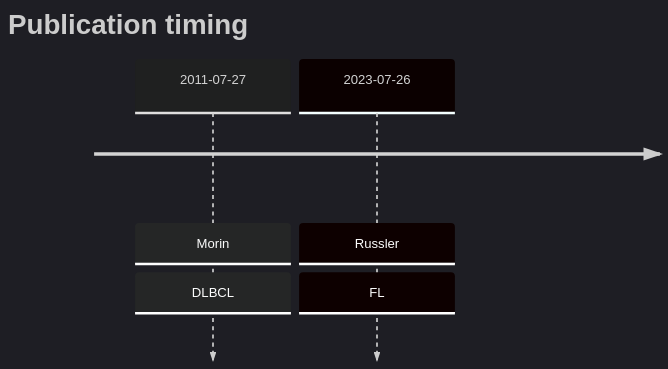
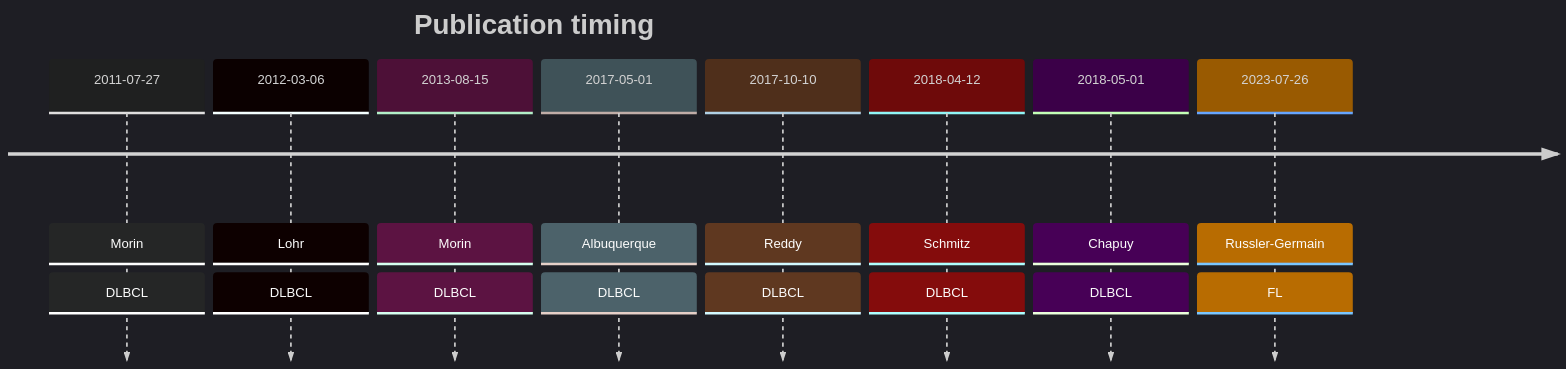
Before and after one commit to morinlab/lymphopedia: the diagram in CD70.md, drawn with Mermaid.

````diff
--- a/CD70.md
+++ b/CD70.md
@@ -17,7 +17,13 @@
 ```mermaid
 %%{init: { 'logLevel': 'debug', 'theme': 'dark' } }%%
 timeline
     title Publication timing
-      2011-07-27 : Morin : DLBCL
-      2023-07-26 : Russler : FL
+2011-07-27 : Morin : DLBCL
+2012-03-06 : Lohr : DLBCL
+2013-08-15 : Morin : DLBCL
+2017-05-01 : Albuquerque : DLBCL
+2017-10-10 : Reddy : DLBCL
+2018-04-12 : Schmitz : DLBCL
+2018-05-01 : Chapuy : DLBCL
+      2023-07-26 : Russler-Germain : FL
 ```
````
